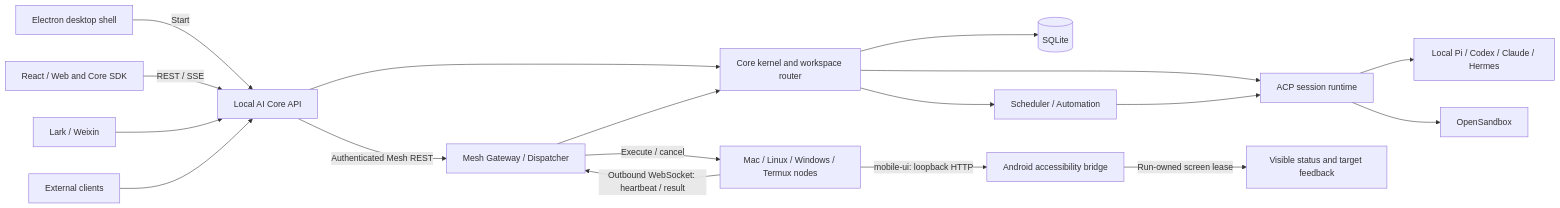
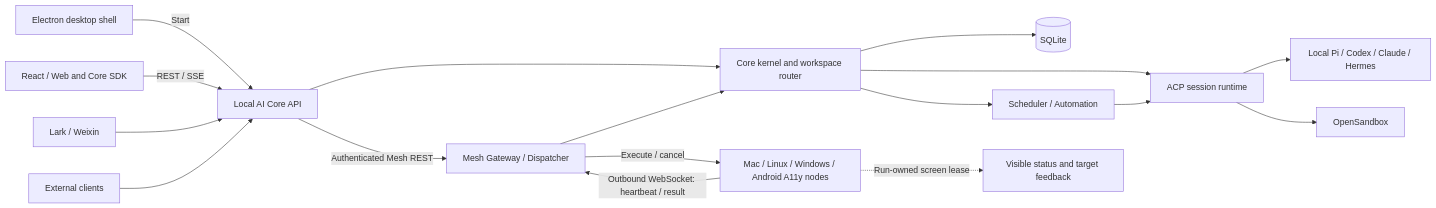
The diagram in docs/architecture/overview.md (helloimcx/agentdock), drawn with Mermaid before and after one commit. The commit also changed 18 other files, not shown here.

First line of the commit message:
feat(android): integrate native mesh client into accessibility apk

````diff
--- a/docs/architecture/overview.md
+++ b/docs/architecture/overview.md
@@ -22,20 +22,19 @@
 ```mermaid
 flowchart LR
   electron[Electron desktop shell] -->|Start| api[Local AI Core API]
   renderer[React / Web and Core SDK] -->|REST / SSE| api
   channels[Lark / Weixin] --> api
   external[External clients] --> api
   api --> kernel[Core kernel and workspace router]
   kernel --> sqlite[(SQLite)]
   kernel --> acp[ACP session runtime]
   kernel --> scheduler[Scheduler / Automation]
   scheduler --> acp
   acp --> agents[Local Pi / Codex / Claude / Hermes]
   acp --> sandbox[OpenSandbox]
   api -->|Authenticated Mesh REST| mesh[Mesh Gateway / Dispatcher]
   mesh --> kernel
-  nodes[Mac / Linux / Windows / Termux nodes] -->|Outbound WebSocket: heartbeat / result| mesh
+  nodes[Mac / Linux / Windows / Android A11y nodes] -->|Outbound WebSocket: heartbeat / result| mesh
   mesh -->|Execute / cancel| nodes
-  nodes -->|mobile-ui: loopback HTTP| a11y[Android accessibility bridge]
-  a11y -->|Run-owned screen lease| screen[Visible status and target feedback]
+  nodes -.->|Run-owned screen lease| screen[Visible status and target feedback]
 ```
````
